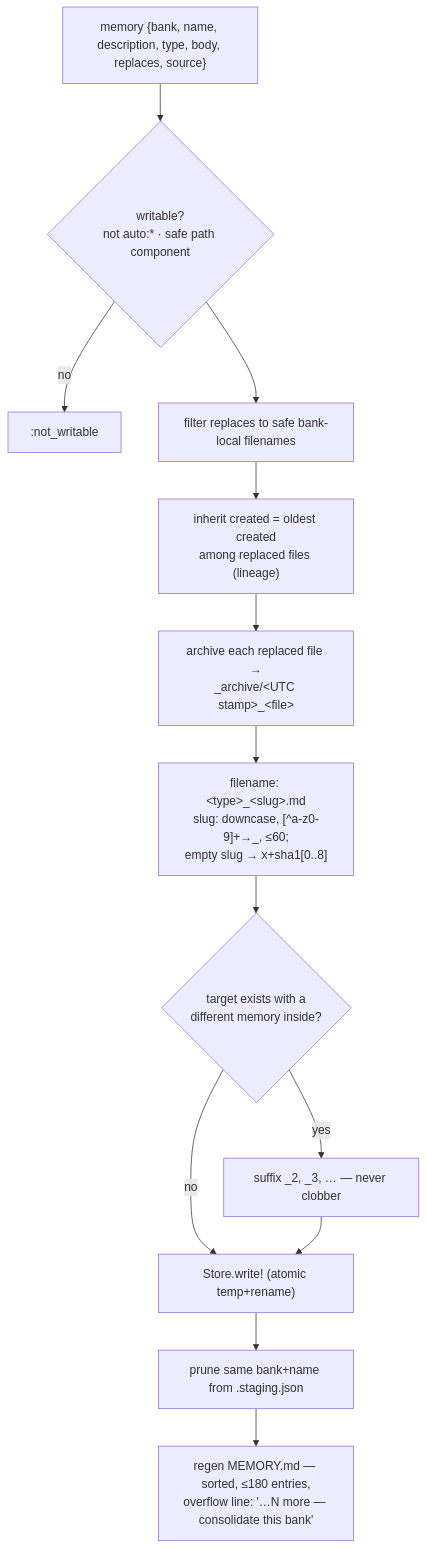
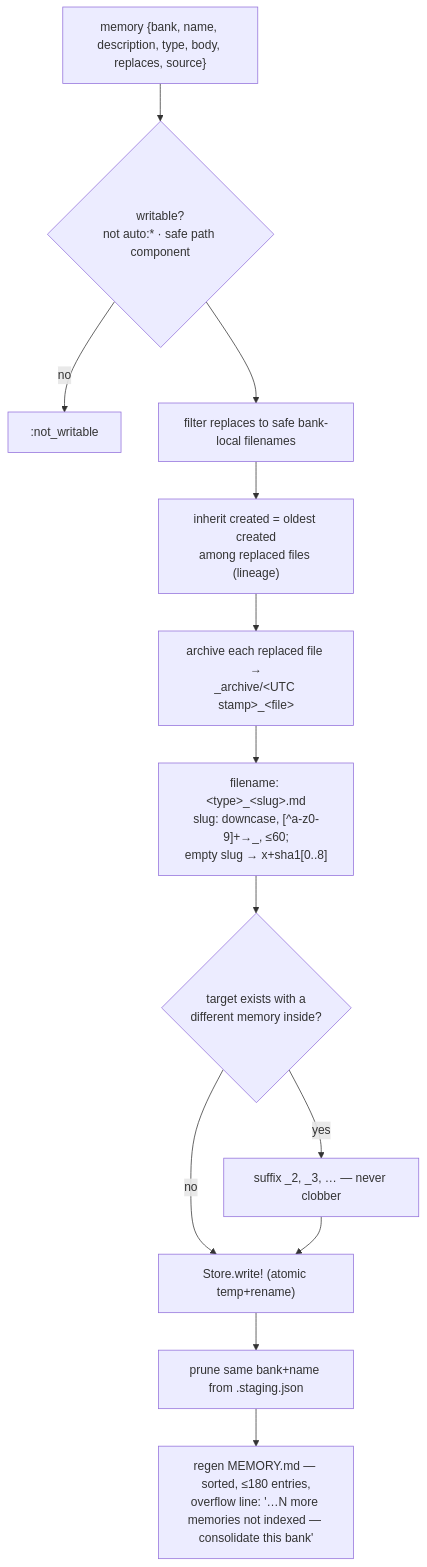
One commit to jgeschwendt/.claude changed the third of 8 diagrams in @apps/web/lib/core/memory.md. Above: the diagram before and after it, drawn with Mermaid. The commit also changed 23 other files, not shown here.

````diff
--- a/@apps/web/lib/core/memory.md
+++ b/@apps/web/lib/core/memory.md
@@ -138,16 +138,16 @@
 ```mermaid
 flowchart TD
     IN["memory {bank, name, description, type, body, replaces, source}"]
     IN --> W{"writable?<br/>not auto:* · safe path component"}
     W -->|no| REJ[":not_writable"]
     W --> R["filter replaces to safe bank-local filenames"]
     R --> CR["inherit created = oldest created<br/>among replaced files (lineage)"]
     CR --> AR["archive each replaced file →<br/>_archive/&lt;UTC stamp&gt;_&lt;file&gt;"]
     AR --> FN["filename: &lt;type&gt;_&lt;slug&gt;.md<br/>slug: downcase, [^a-z0-9]+→_, ≤60;<br/>empty slug → x+sha1[0..8]"]
     FN --> COL{"target exists with a<br/>different memory inside?"}
     COL -->|yes| SUF["suffix _2, _3, … — never clobber"]
     COL -->|no| WR
     SUF --> WR["Store.write! (atomic temp+rename)"]
     WR --> PR["prune same bank+name from .staging.json"]
-    PR --> IX["regen MEMORY.md — sorted, ≤180 entries,<br/>overflow line: '…N more — consolidate this bank'"]
+    PR --> IX["regen MEMORY.md — sorted, ≤180 entries,<br/>overflow line: '…N more memories not indexed — consolidate this bank'"]
 ```
````
